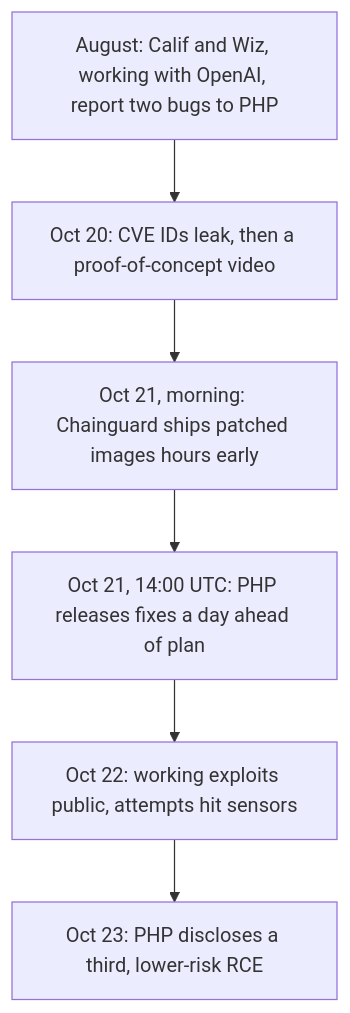
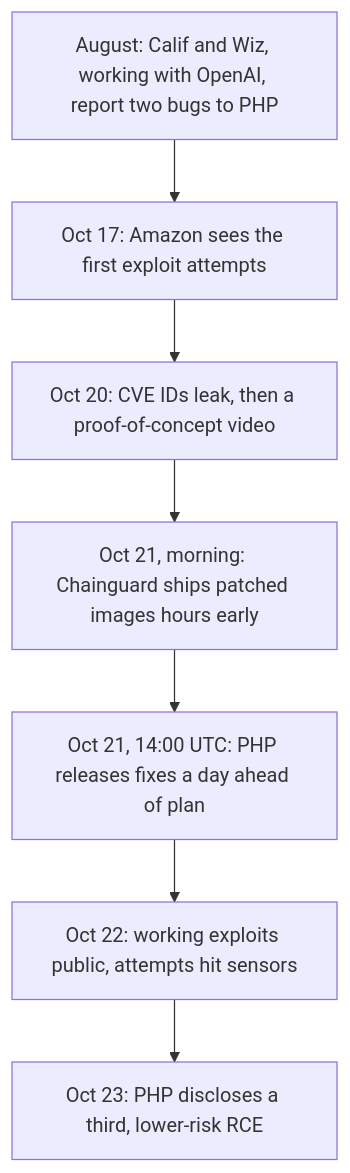
One commit to kidskoding/portfolio changed the diagram in src/content/blog/php2shell/index.mdx. Above: the diagram before and after it, drawn with Mermaid. The commit also changed other lines of this file, not shown here.

Commit message:
Tighten PHP2Shell post: drop unsupported AI-exploit claim, trim bold, add Oct 17 to timeline

````diff
--- a/src/content/blog/php2shell/index.mdx
+++ b/src/content/blog/php2shell/index.mdx
@@ -32,8 +32,9 @@
 ```mermaid
 graph TD
-  A[August: Calif and Wiz, working with OpenAI, report two bugs to PHP] --> B[Oct 20: CVE IDs leak, then a proof-of-concept video]
+  A[August: Calif and Wiz, working with OpenAI, report two bugs to PHP] --> Z[Oct 17: Amazon sees the first exploit attempts]
+  Z --> B[Oct 20: CVE IDs leak, then a proof-of-concept video]
   B --> C[Oct 21, morning: Chainguard ships patched images hours early]
   C --> D[Oct 21, 14:00 UTC: PHP releases fixes a day ahead of plan]
   D --> E[Oct 22: working exploits public, attempts hit sensors]
   E --> F[Oct 23: PHP discloses a third, lower-risk RCE]
 ```
````
